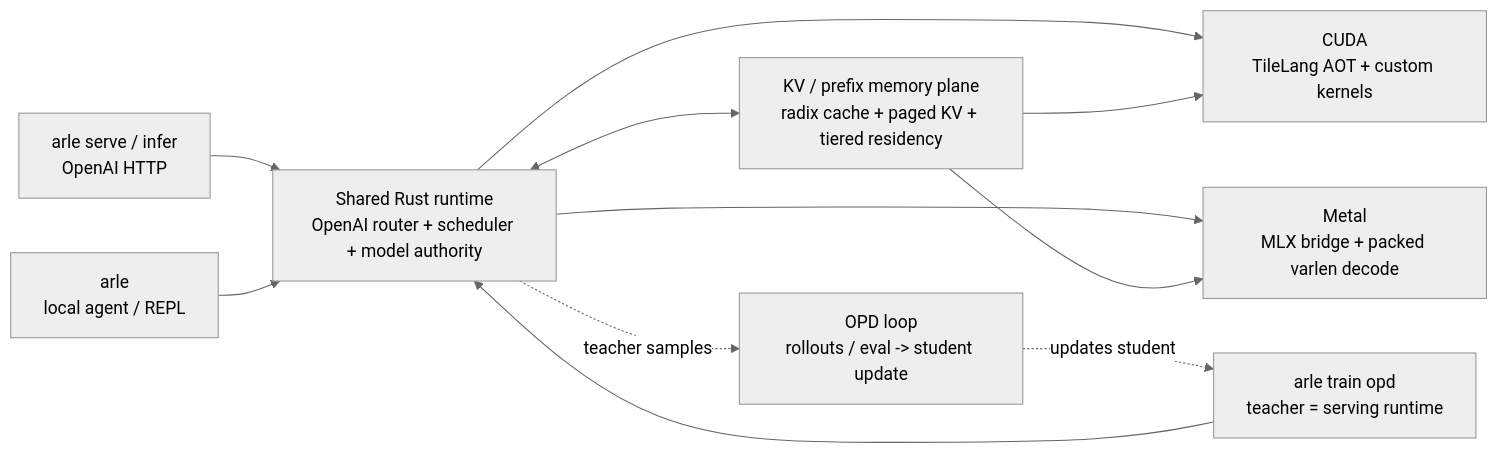
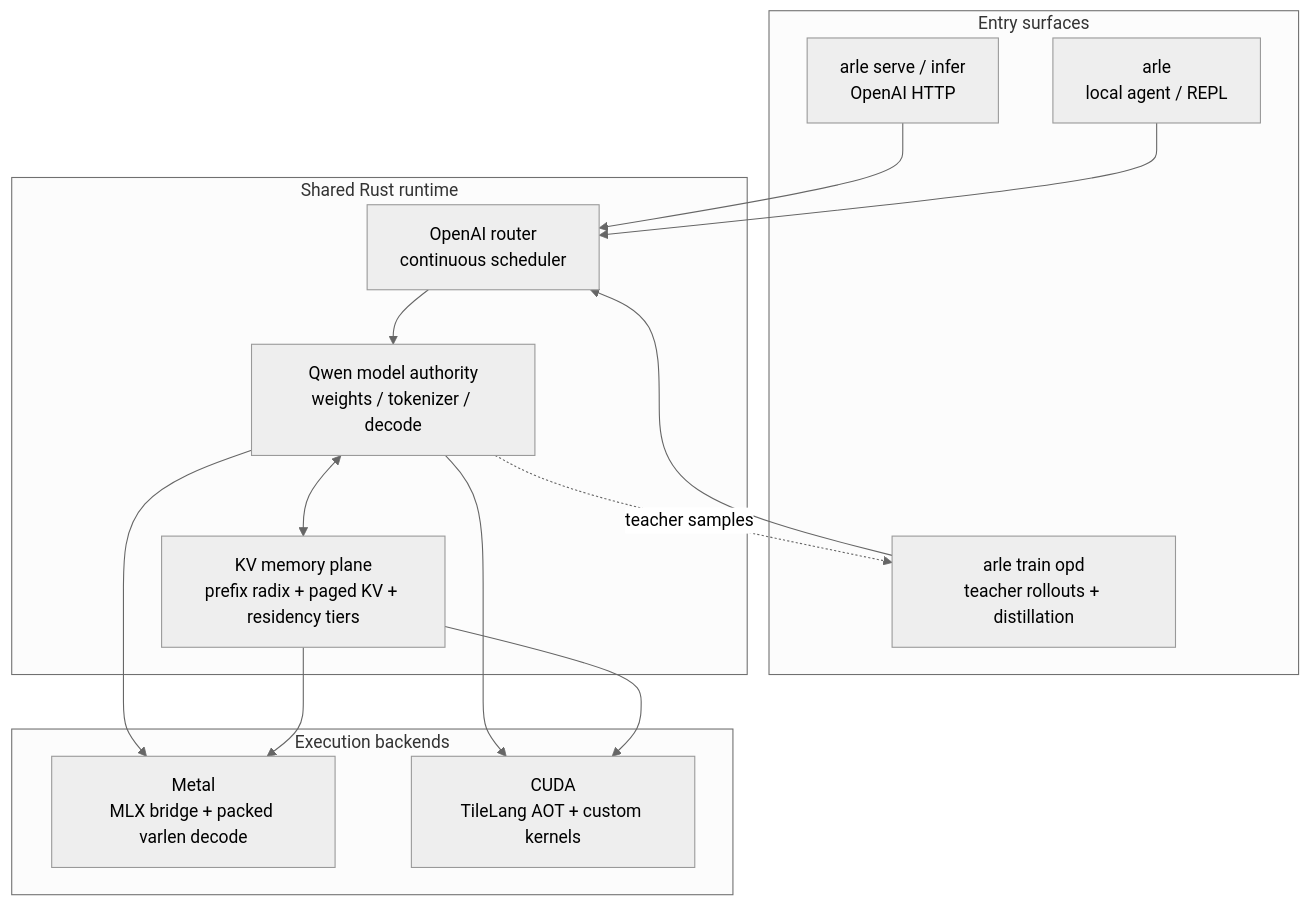
One commit to acupof-ai/arle changed the diagram in README.md. Above: the diagram before and after it, drawn with Mermaid (neutral theme). The commit also changed other lines of this file and 4 other files, not shown here.

Commit message:
docs(metal): refresh README benchmark figure

````diff
--- a/README.md
+++ b/README.md
@@ -112,22 +112,30 @@
 ```mermaid
-flowchart LR
-  S["arle serve / infer<br/>OpenAI HTTP"]
-  A["arle<br/>local agent / REPL"]
-  T["arle train opd<br/>teacher = serving runtime"]
-  R["Shared Rust runtime<br/>OpenAI router + scheduler + model authority"]
-  K["KV / prefix memory plane<br/>radix cache + paged KV + tiered residency"]
-  C["CUDA<br/>TileLang AOT + custom kernels"]
-  M["Metal<br/>MLX bridge + packed varlen decode"]
-  O["OPD loop<br/>rollouts / eval -> student update"]
+flowchart TB
+  subgraph Surface["Entry surfaces"]
+    Serve["arle serve / infer<br/>OpenAI HTTP"]
+    Agent["arle<br/>local agent / REPL"]
+    Train["arle train opd<br/>teacher rollouts + distillation"]
+  end
 
-  S --> R
-  A --> R
-  T --> R
-  R <--> K
-  R --> C
-  R --> M
-  K --> C
-  K --> M
-  R -. teacher samples .-> O
-  O -. updates student .-> T
+  subgraph Runtime["Shared Rust runtime"]
+    Router["OpenAI router<br/>continuous scheduler"]
+    Model["Qwen model authority<br/>weights / tokenizer / decode"]
+    KV["KV memory plane<br/>prefix radix + paged KV + residency tiers"]
+  end
+
+  subgraph Backend["Execution backends"]
+    Metal["Metal<br/>MLX bridge + packed varlen decode"]
+    CUDA["CUDA<br/>TileLang AOT + custom kernels"]
+  end
+
+  Serve --> Router
+  Agent --> Router
+  Train --> Router
+  Router --> Model
+  Model <--> KV
+  Model --> Metal
+  Model --> CUDA
+  KV --> Metal
+  KV --> CUDA
+  Model -. teacher samples .-> Train
 ```
````
